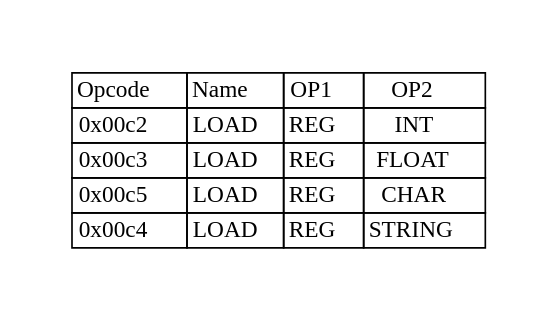
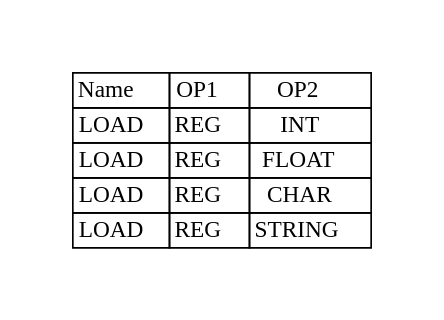
The diagram in docs/books/crexx_vm_spec/svg/load.gv (adesutherland/CREXX), drawn with Graphviz before and after one commit. The commit also changed 319 other files, not shown here.

```diff
--- a/docs/books/crexx_vm_spec/svg/load.gv
+++ b/docs/books/crexx_vm_spec/svg/load.gv
@@ -1,12 +1,12 @@
 digraph{
 graph [pad="0.5", nodesep="0.5", ranksep="2" ]
-node[shape=plain]
+node [shape=plain]
 Foo [label=<
 <table border="0" cellborder="1" cellspacing="0">
-<tr><td> Opcode </td> <td> Name </td> <td> OP1 </td><td> OP2 </td> </tr>
-<tr><td> 0x00c2 </td><td> LOAD </td><td> REG </td><td> INT </td> </tr>
-<tr><td> 0x00c3 </td><td> LOAD </td><td> REG </td><td> FLOAT </td> </tr>
-<tr><td> 0x00c5 </td><td> LOAD </td><td> REG </td><td> CHAR </td> </tr>
-<tr><td> 0x00c4 </td><td> LOAD </td><td> REG </td><td> STRING </td> </tr>
+<tr><td> Name </td> <td> OP1 </td><td> OP2 </td> </tr>
+<tr><td> LOAD </td><td> REG </td><td> INT </td> </tr>
+<tr><td> LOAD </td><td> REG </td><td> FLOAT </td> </tr>
+<tr><td> LOAD </td><td> REG </td><td> CHAR </td> </tr>
+<tr><td> LOAD </td><td> REG </td><td> STRING </td> </tr>
 </table>>];
 }
```
